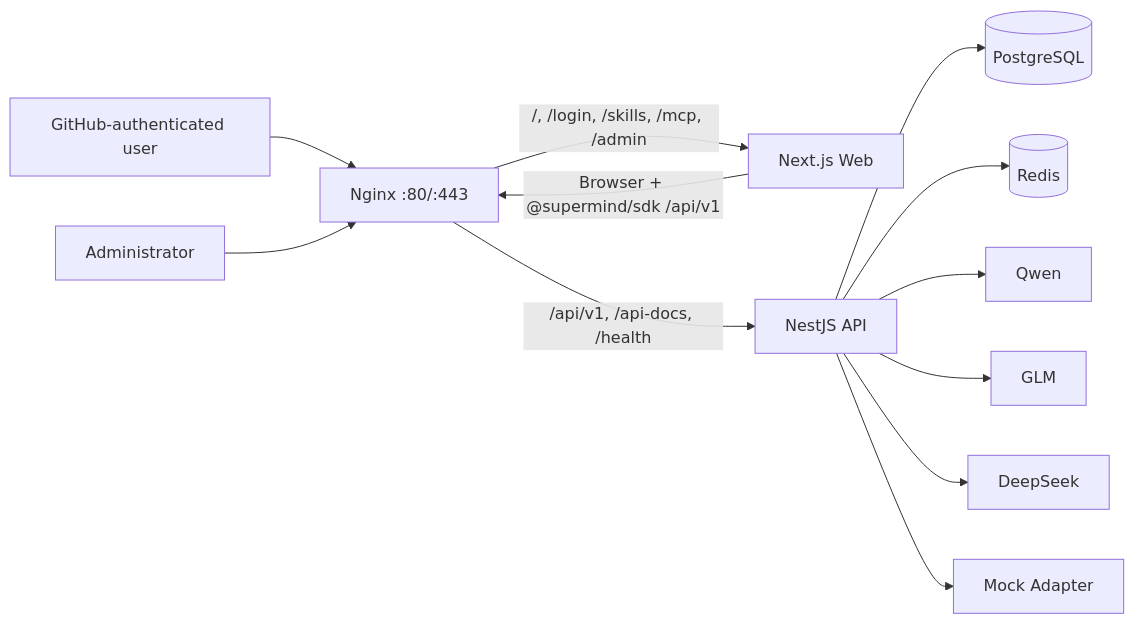
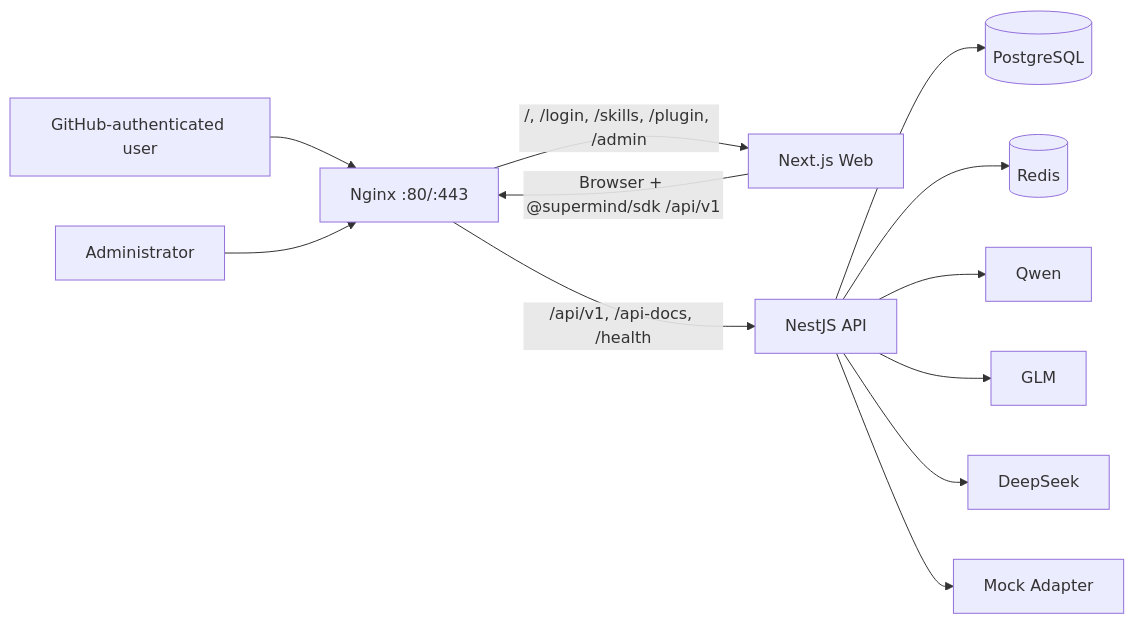
One commit to wanglsh97/super-mind-studio changed the first of 3 diagrams in openspec/changes/build-aigateway-v1/design.md. Above: the diagram before and after it, drawn with Mermaid. The commit also changed 12 other files, not shown here.

````diff
--- a/openspec/changes/build-aigateway-v1/design.md
+++ b/openspec/changes/build-aigateway-v1/design.md
@@ -38,14 +38,14 @@
 ```mermaid
 flowchart LR
     U["GitHub-authenticated user"] --> N["Nginx :80/:443"]
     M["Administrator"] --> N
-    N -->|"/, /login, /skills, /mcp, /admin"| W["Next.js Web"]
+    N -->|"/, /login, /skills, /plugin, /admin"| W["Next.js Web"]
     W -->|"Browser + @supermind/sdk /api/v1"| N
     N -->|"/api/v1, /api-docs, /health"| A["NestJS API"]
     A --> P[("PostgreSQL")]
     A --> R[("Redis")]
     A --> Q["Qwen"]
     A --> Z["GLM"]
     A --> D["DeepSeek"]
     A --> K["Mock Adapter"]
 ```
````
